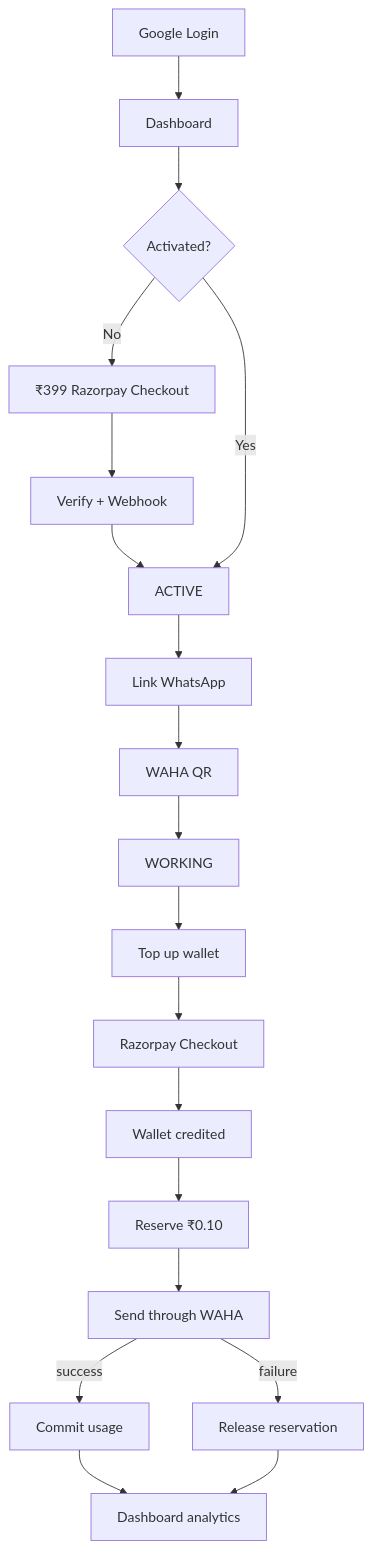
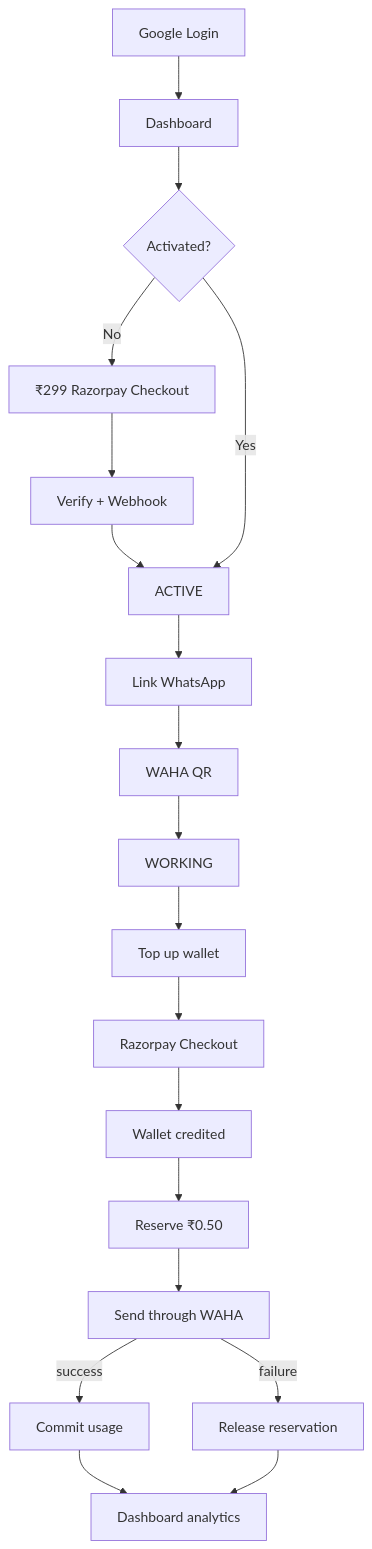
The sixth of 6 diagrams in docs/architecture.md (chithraguptha/solosync-backend), drawn with Mermaid before and after one commit. The commit also changed other lines of this file and 2 other files, not shown here.

````diff
--- a/docs/architecture.md
+++ b/docs/architecture.md
@@ -243,21 +243,21 @@
 ```mermaid
 flowchart TD
   A[Google Login] --> B[Dashboard]
   B --> C{Activated?}
-  C -->|No| D[₹399 Razorpay Checkout]
+  C -->|No| D[₹299 Razorpay Checkout]
   D --> E[Verify + Webhook]
   E --> F[ACTIVE]
   C -->|Yes| F
   F --> G[Link WhatsApp]
   G --> H[WAHA QR]
   H --> I[WORKING]
   I --> J[Top up wallet]
   J --> K[Razorpay Checkout]
   K --> L[Wallet credited]
-  L --> M[Reserve ₹0.10]
+  L --> M[Reserve ₹0.50]
   M --> N[Send through WAHA]
   N -->|success| O[Commit usage]
   N -->|failure| P[Release reservation]
   O --> Q[Dashboard analytics]
   P --> Q
 ```
````
